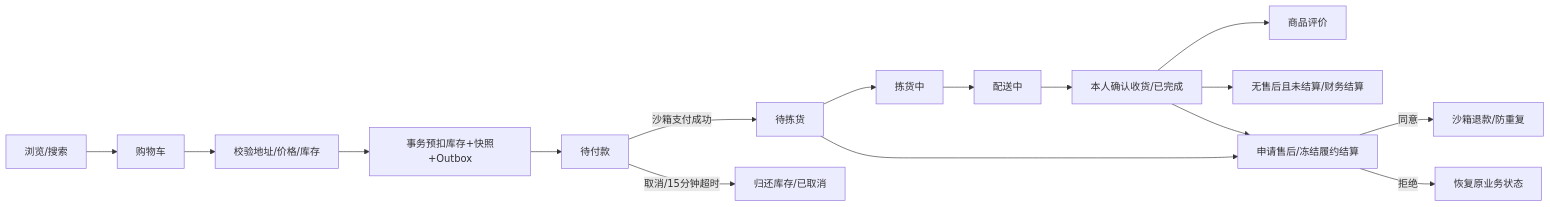
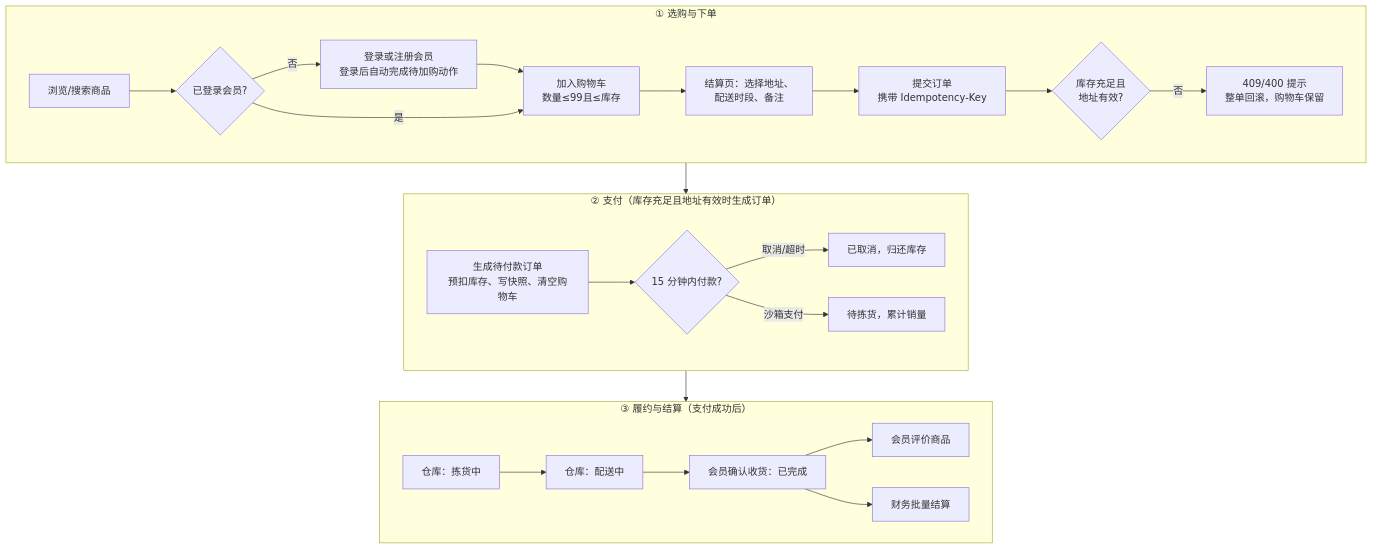
One commit to Weishi-corroding/freshmarket-platform changed the fourth of 7 diagrams in docs/requirements.md. Above: the diagram before and after it, drawn with Mermaid. The commit also changed other lines of this file and 139 other files, not shown here.

````diff
--- a/docs/requirements.md
+++ b/docs/requirements.md
@@ -94,18 +229,24 @@
 ```mermaid
-flowchart LR
-  Browse[浏览/搜索] --> Cart[购物车]
-  Cart --> Submit[校验地址/价格/库存]
-  Submit --> Reserve[事务预扣库存+快照+Outbox]
-  Reserve --> Pending[待付款]
-  Pending -->|沙箱支付成功| Paid[待拣货]
-  Pending -->|取消/15分钟超时| Cancel[归还库存/已取消]
-  Paid --> Pick[拣货中]
-  Pick --> Delivery[配送中]
-  Delivery --> Done[本人确认收货/已完成]
-  Done --> Review[商品评价]
-  Done --> Settle[无售后且未结算/财务结算]
-  Paid --> Refund[申请售后/冻结履约结算]
-  Done --> Refund
-  Refund -->|同意| Refunded[沙箱退款/防重复]
-  Refund -->|拒绝| Continue[恢复原业务状态]
+flowchart TB
+  subgraph S1["① 选购与下单"]
+    direction LR
+    A[浏览/搜索商品] --> B{已登录会员?}
+    B -- 否 --> C[登录或注册会员<br/>登录后自动完成待加购动作] --> D
+    B -- 是 --> D[加入购物车<br/>数量≤99且≤库存]
+    D --> E[结算页：选择地址、<br/>配送时段、备注] --> F[提交订单<br/>携带 Idempotency-Key] --> G{库存充足且<br/>地址有效?}
+    G -- 否 --> H[409/400 提示<br/>整单回滚，购物车保留]
+  end
+  subgraph S2["② 支付（库存充足且地址有效时生成订单）"]
+    direction LR
+    I[生成待付款订单<br/>预扣库存、写快照、清空购物车] --> J{15 分钟内付款?}
+    J -- 取消/超时 --> K[已取消，归还库存]
+    J -- 沙箱支付 --> L[待拣货，累计销量]
+  end
+  subgraph S3["③ 履约与结算（支付成功后）"]
+    direction LR
+    M[仓库：拣货中] --> N[仓库：配送中] --> O[会员确认收货：已完成]
+    O --> P[会员评价商品]
+    O --> Q[财务批量结算]
+  end
+  S1 --> S2 --> S3
 ```
````
